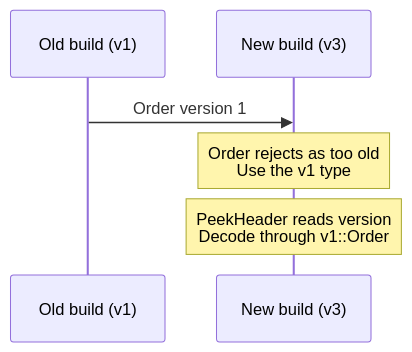
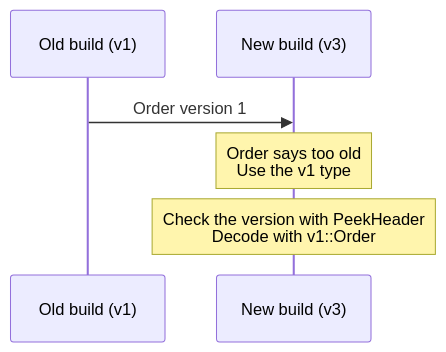
Before and after one commit to splendidz/protaco: the third of 5 diagrams in README.md, drawn with Mermaid. The commit also changed other lines of this file and 10 other files, not shown here.

````diff
--- a/README.md
+++ b/README.md
@@ -553,8 +993,8 @@
 ```mermaid
 sequenceDiagram
     participant O as Old build (v1)
     participant N as New build (v3)
     O->>N: Order version 1
-    Note over N: Order rejects as too old<br/>Use the v1 type
-    Note over N: PeekHeader reads version<br/>Decode through v1::Order
+    Note over N: Order says too old<br/>Use the v1 type
+    Note over N: Check the version with PeekHeader<br/>Decode with v1::Order
 ```
````
